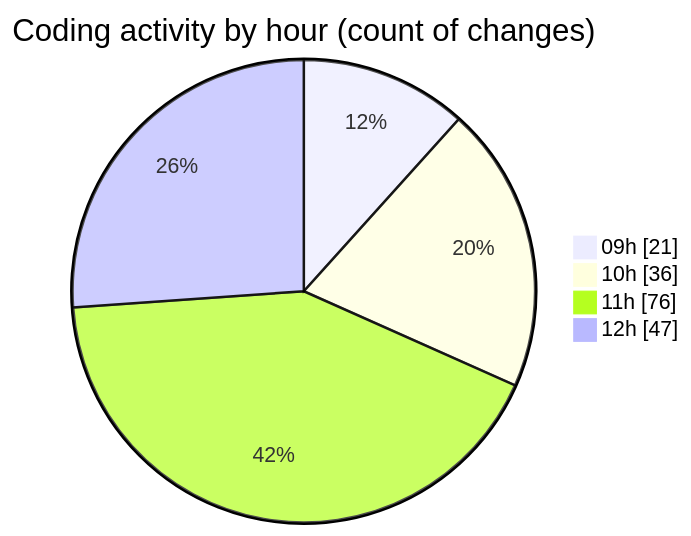
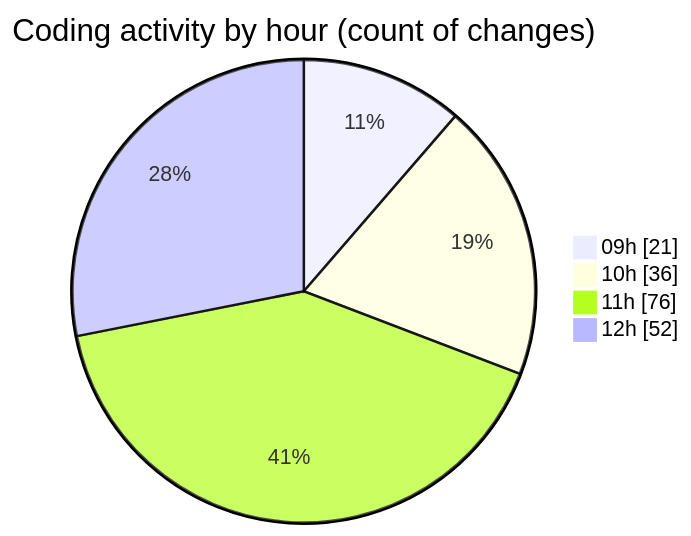
Before and after one commit to momahboobian/code-tracking: the second of 2 diagrams in 2025-09-09/cda/README.md, drawn with Mermaid. The commit also changed other lines of this file and 1 other file, not shown here.

````diff
--- a/2025-09-09/cda/README.md
+++ b/2025-09-09/cda/README.md
@@ -132,8 +132,8 @@
 ```mermaid
 pie showData
 title Coding activity by hour (count of changes)
 "09h" : 21
 "10h" : 36
 "11h" : 76
-"12h" : 47
+"12h" : 52
 ```
````
